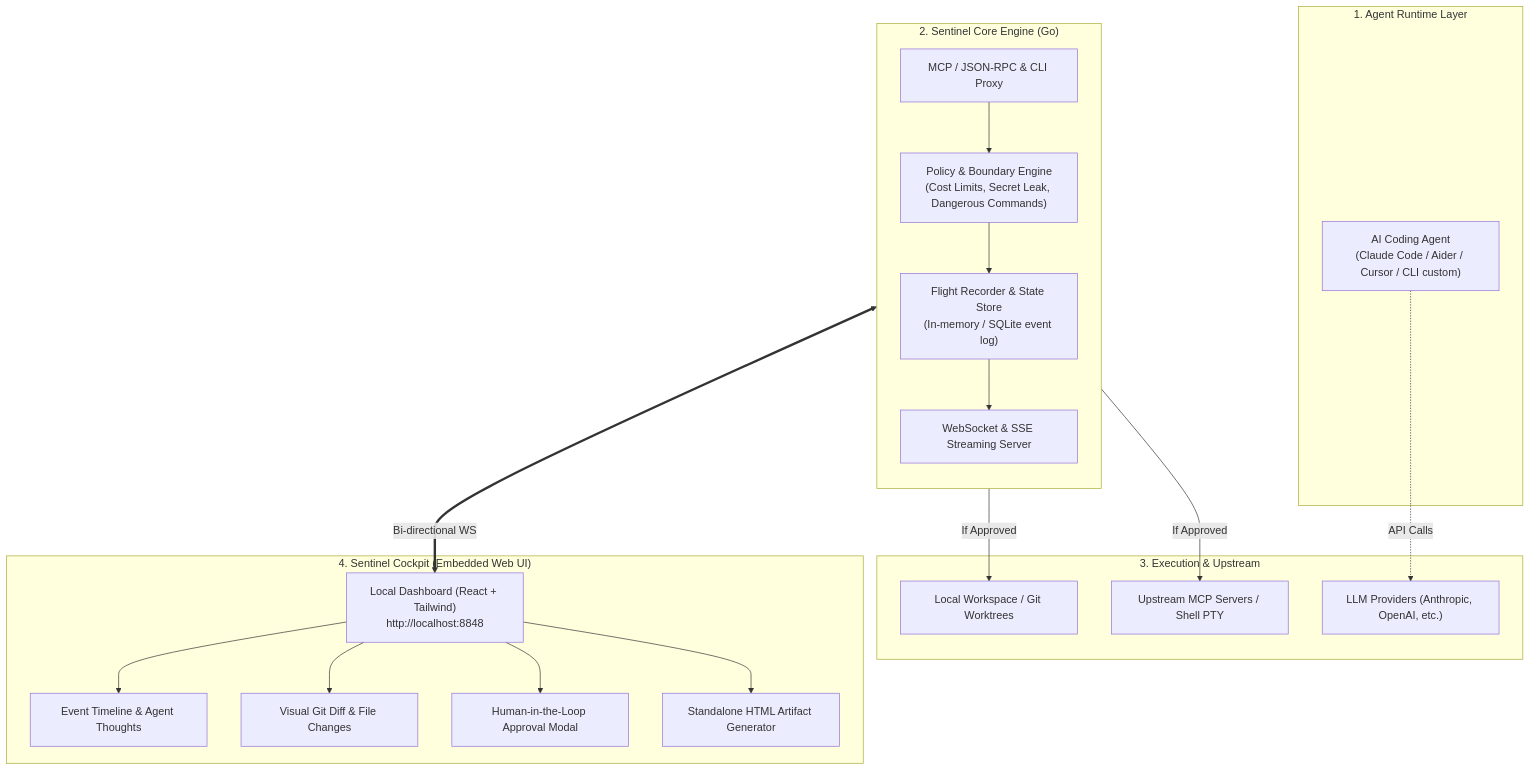
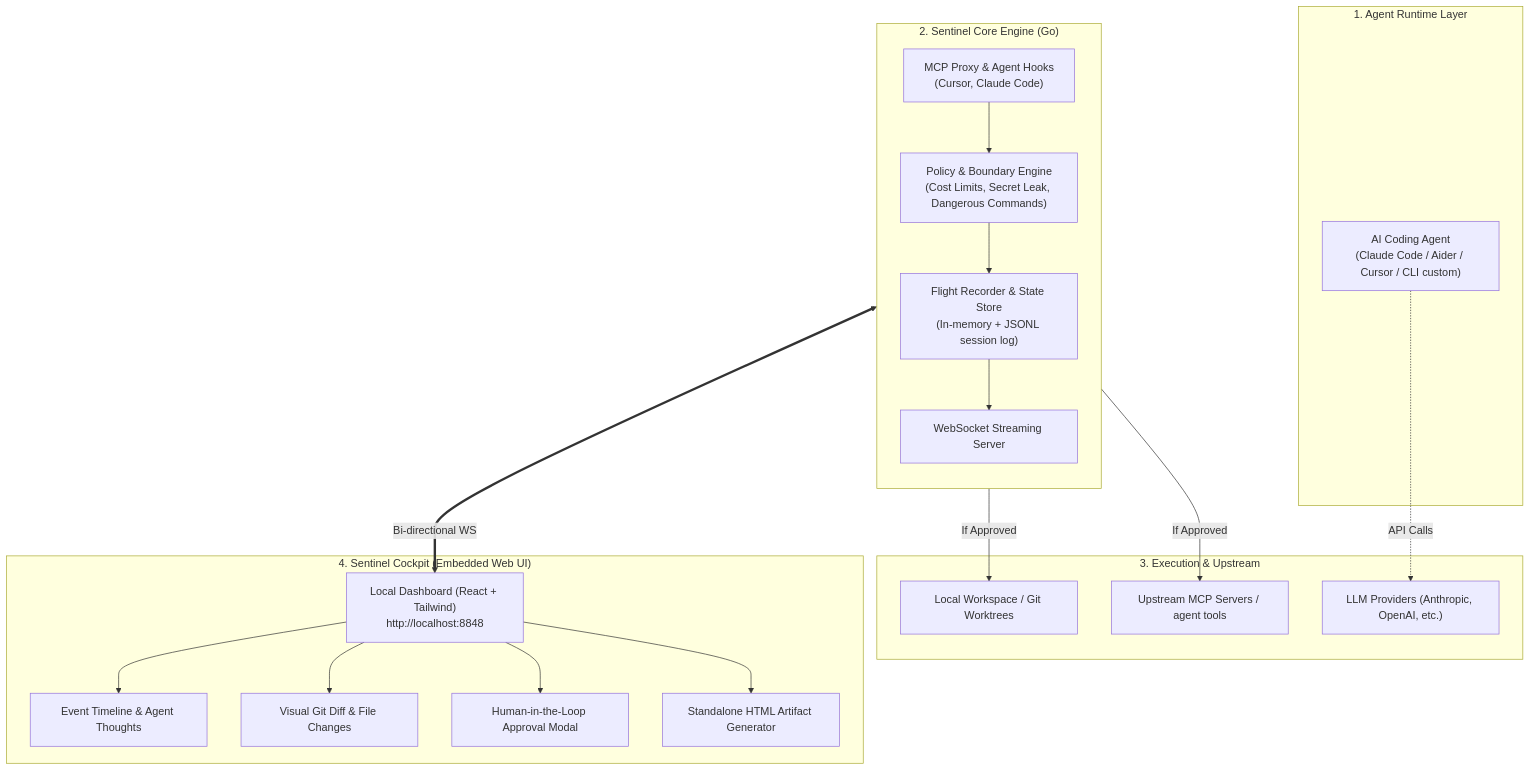
Before and after one commit to zaninifrancesco/agent-sentinel: the diagram in docs/ARCHITECTURE.md, drawn with Mermaid. The commit also changed other lines of this file and 2 other files, not shown here.

````diff
--- a/docs/ARCHITECTURE.md
+++ b/docs/ARCHITECTURE.md
@@ -46,42 +53,42 @@
 ```mermaid
 flowchart TD
     subgraph AgentLayer["1. Agent Runtime Layer"]
         Agent["AI Coding Agent\n(Claude Code / Aider / Cursor / CLI custom)"]
     end
 
     subgraph SentinelCore["2. Sentinel Core Engine (Go)"]
         direction TB
-        Proxy["MCP / JSON-RPC & CLI Proxy"]
+        Proxy["MCP Proxy & Agent Hooks\n(Cursor, Claude Code)"]
         PolicyEngine["Policy & Boundary Engine\n(Cost Limits, Secret Leak, Dangerous Commands)"]
-        Recorder["Flight Recorder & State Store\n(In-memory / SQLite event log)"]
-        WSServer["WebSocket & SSE Streaming Server"]
+        Recorder["Flight Recorder & State Store\n(In-memory + JSONL session log)"]
+        WSServer["WebSocket Streaming Server"]
         
         Proxy --> PolicyEngine
         PolicyEngine --> Recorder
         Recorder --> WSServer
     end
 
     subgraph Downstream["3. Execution & Upstream"]
         LocalFS["Local Workspace / Git Worktrees"]
-        UpstreamMCP["Upstream MCP Servers / Shell PTY"]
+        UpstreamMCP["Upstream MCP Servers / agent tools"]
         LLMProviders["LLM Providers (Anthropic, OpenAI, etc.)"]
         
         PolicyEngine -->|If Approved| UpstreamMCP
         PolicyEngine -->|If Approved| LocalFS
         Agent -.->|API Calls| LLMProviders
     end
 
     subgraph CockpitLayer["4. Sentinel Cockpit (Embedded Web UI)"]
         WebUI["Local Dashboard (React + Tailwind)\nhttp://localhost:8848"]
         TimelineView["Event Timeline & Agent Thoughts"]
         DiffView["Visual Git Diff & File Changes"]
         ApprovalModal["Human-in-the-Loop Approval Modal"]
         ExportEngine["Standalone HTML Artifact Generator"]
         
         WSServer <==>|Bi-directional WS| WebUI
         WebUI --> TimelineView
         WebUI --> DiffView
         WebUI --> ApprovalModal
         WebUI --> ExportEngine
     end
 ```
````
